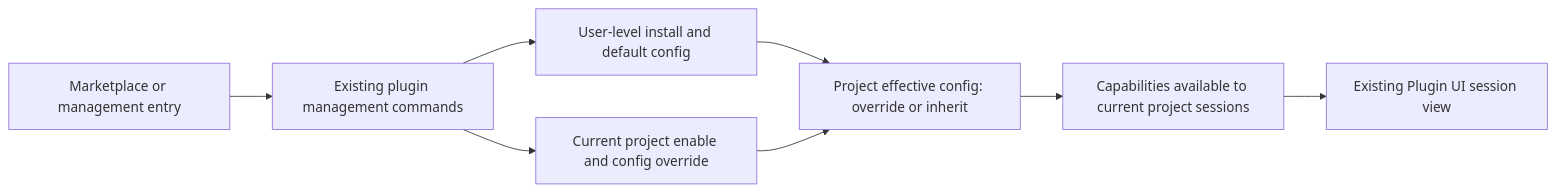
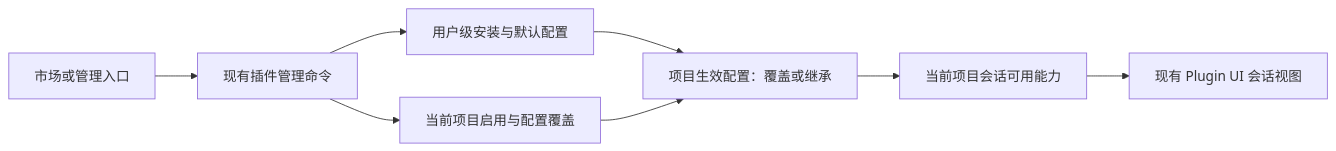
The third of 5 diagrams in docs/plugins/plugin-market-interactions-scope.md (osben/ZCode), drawn with Mermaid before and after one commit. The commit also changed other lines of this file and 5391 other files, not shown here.

````diff
--- a/docs/plugins/plugin-market-interactions-scope.md
+++ b/docs/plugins/plugin-market-interactions-scope.md
@@ -141,10 +116,10 @@
 ```mermaid
 flowchart LR
-  A[Marketplace or management entry] --> B[Existing plugin management commands]
-  B --> C[User-level install and default config]
-  B --> P[Current project enable and config override]
-  C --> D[Project effective config: override or inherit]
+  A[市场或管理入口] --> B[现有插件管理命令]
+  B --> C[用户级安装与默认配置]
+  B --> P[当前项目启用与配置覆盖]
+  C --> D[项目生效配置：覆盖或继承]
   P --> D
-  D --> E[Capabilities available to current project sessions]
-  E --> F[Existing Plugin UI session view]
+  D --> E[当前项目会话可用能力]
+  E --> F[现有 Plugin UI 会话视图]
 ```
````
